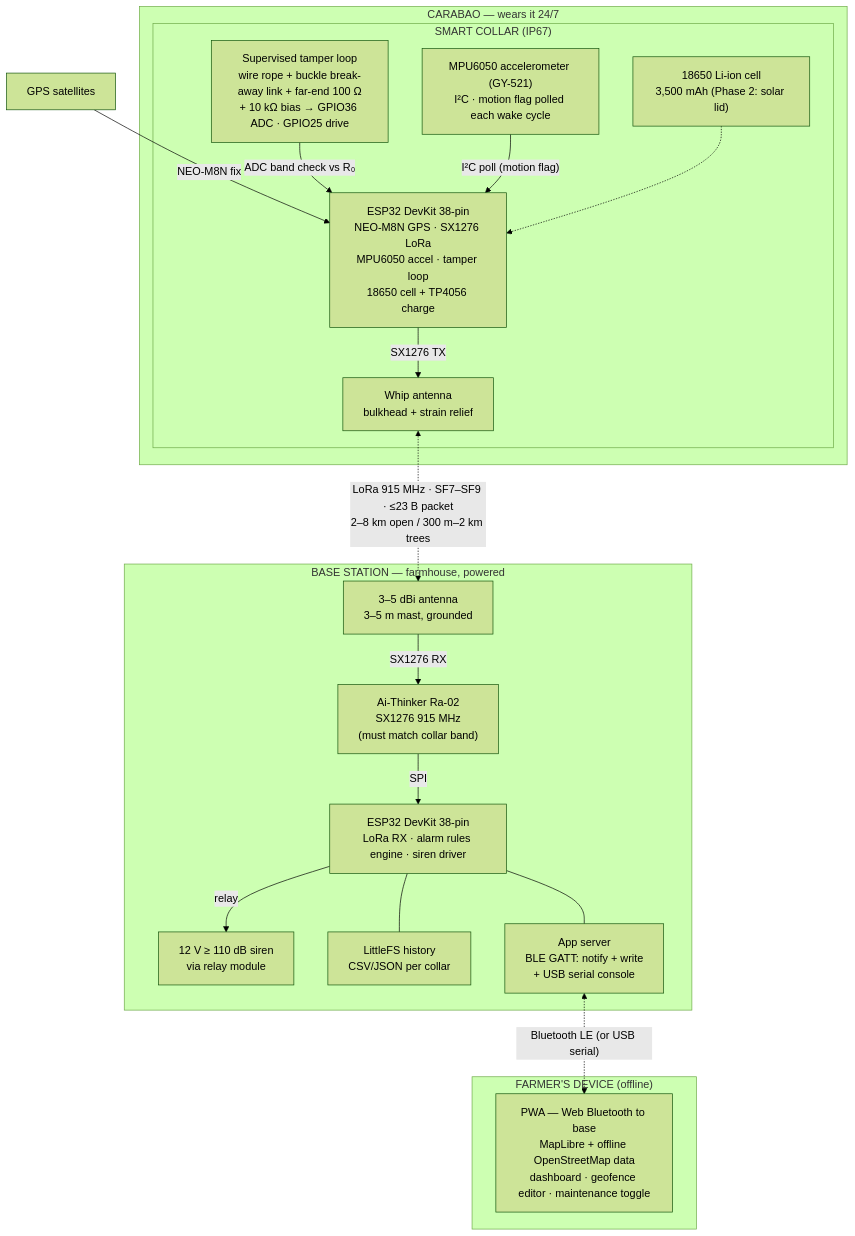
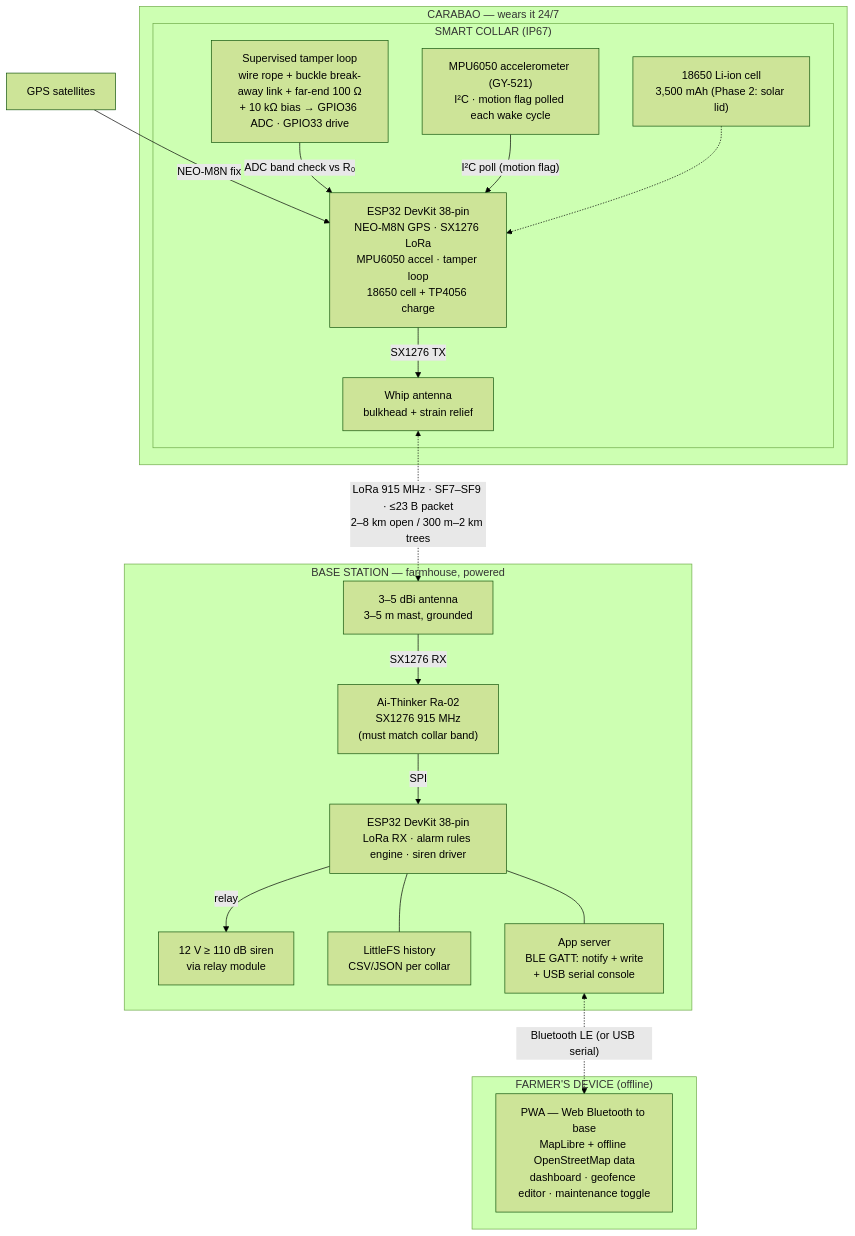
The first of 2 diagrams in docs/BLOCK-DIAGRAM.md (qppd/smart-collar), drawn with Mermaid (forest theme) before and after one commit. The commit also changed other lines of this file and 4 other files, not shown here.

Commit message:
Update pin assignments across all docs: GPS to NEO-6M, LoRa NSS→GPIO27/RST→GPIO26/DIO0→GPIO25, tamper GPIO33, MPU6050 INT→GPIO32, plus new wiring PNG export

````diff
--- a/docs/BLOCK-DIAGRAM.md
+++ b/docs/BLOCK-DIAGRAM.md
@@ -9,40 +9,40 @@
 ```mermaid
 flowchart TB
     GPS["GPS satellites"]
 
     subgraph COW["CARABAO — wears it 24/7"]
         subgraph COLLAR["SMART COLLAR (IP67)"]
             ESP32["ESP32 DevKit 38-pin\nNEO-M8N GPS · SX1276 LoRa\nMPU6050 accel · tamper loop\n18650 cell + TP4056 charge"]
-            LOOP["Supervised tamper loop<br/>wire rope + buckle break-away link + far-end 100 Ω<br/>+ 10 kΩ bias → GPIO36 ADC · GPIO25 drive"]
+            LOOP["Supervised tamper loop<br/>wire rope + buckle break-away link + far-end 100 Ω<br/>+ 10 kΩ bias → GPIO36 ADC · GPIO33 drive"]
             ACCEL["MPU6050 accelerometer (GY-521)<br/>I²C · motion flag polled each wake cycle"]
             CELL["18650 Li-ion cell<br/>3,500 mAh (Phase 2: solar lid)"]
             WHIP["Whip antenna<br/>bulkhead + strain relief"]
         end
     end
 
     subgraph BASE["BASE STATION — farmhouse, powered"]
         DEVKIT["ESP32 DevKit 38-pin<br/>LoRa RX · alarm rules engine · siren driver"]
         RA02["Ai-Thinker Ra-02<br/>SX1276 915 MHz<br/>(must match collar band)"]
         MAST["3–5 dBi antenna<br/>3–5 m mast, grounded"]
         SIREN["12 V ≥ 110 dB siren<br/>via relay module"]
         STORE["LittleFS history<br/>CSV/JSON per collar"]
         APSRV["App server<br/>BLE GATT: notify + write<br/>+ USB serial console"]
     end
 
     subgraph FARM["FARMER'S DEVICE (offline)"]
         PWA["PWA — Web Bluetooth to base<br/>MapLibre + offline OpenStreetMap data<br/>dashboard · geofence editor · maintenance toggle"]
     end
 
     GPS -- "NEO-M8N fix" --> ESP32
     LOOP -- "ADC band check vs R₀" --> ESP32
     ACCEL -- "I²C poll (motion flag)" --> ESP32
     CELL -.-> ESP32
     ESP32 -- "SX1276 TX" --> WHIP
     WHIP <-. "LoRa 915 MHz · SF7–SF9 · ≤23 B packet<br/>2–8 km open / 300 m–2 km trees" .-> MAST
     MAST -- "SX1276 RX" --> RA02
     RA02 -- "SPI" --> DEVKIT
     DEVKIT -- "relay" --> SIREN
     DEVKIT --- STORE
     DEVKIT --- APSRV
     APSRV <-. "Bluetooth LE (or USB serial)" .-> PWA
 ```
````
